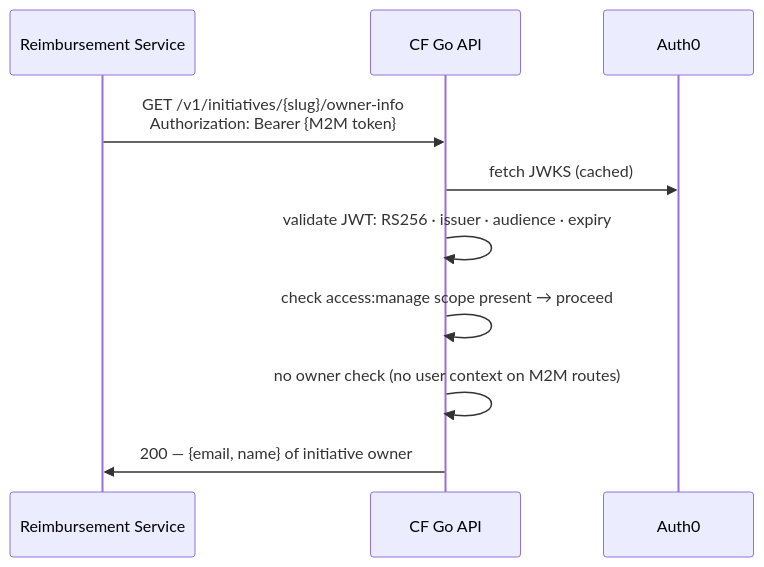
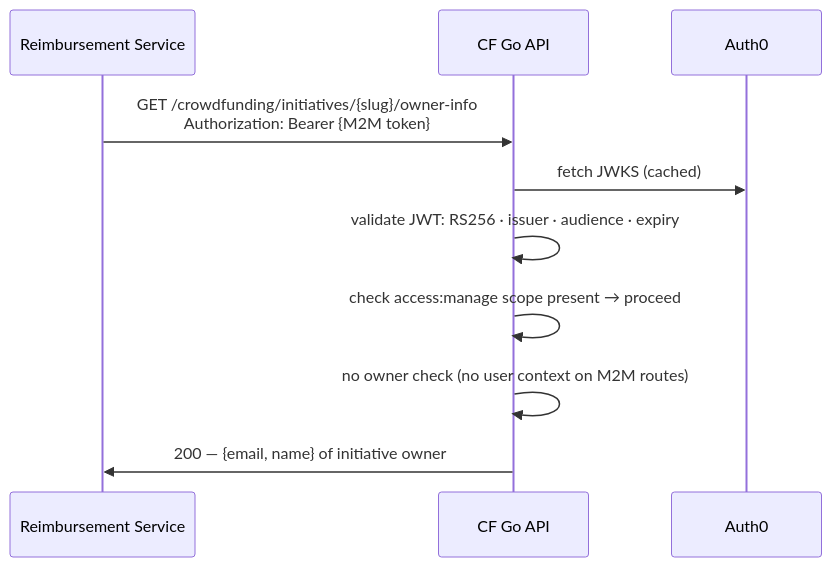
The seventh of 8 diagrams in docs/authentication-architecture.md (linuxfoundation/lfx-crowdfunding), drawn with Mermaid before and after one commit. The commit also changed other lines of this file and 92 other files, not shown here.

First line of the commit message:
feat(api): namespace all endpoints under /crowdfunding/

````diff
--- a/docs/authentication-architecture.md
+++ b/docs/authentication-architecture.md
@@ -293,13 +293,13 @@
 ```mermaid
 sequenceDiagram
     participant RS as Reimbursement Service
     participant API as CF Go API
     participant Auth0
 
-    RS->>API: GET /v1/initiatives/{slug}/owner-info<br/>Authorization: Bearer {M2M token}
+    RS->>API: GET /crowdfunding/initiatives/{slug}/owner-info<br/>Authorization: Bearer {M2M token}
     API->>Auth0: fetch JWKS (cached)
     API->>API: validate JWT: RS256 · issuer · audience · expiry
     API->>API: check access:manage scope present → proceed
     API->>API: no owner check (no user context on M2M routes)
     API->>RS: 200 — {email, name} of initiative owner
 ```
````
